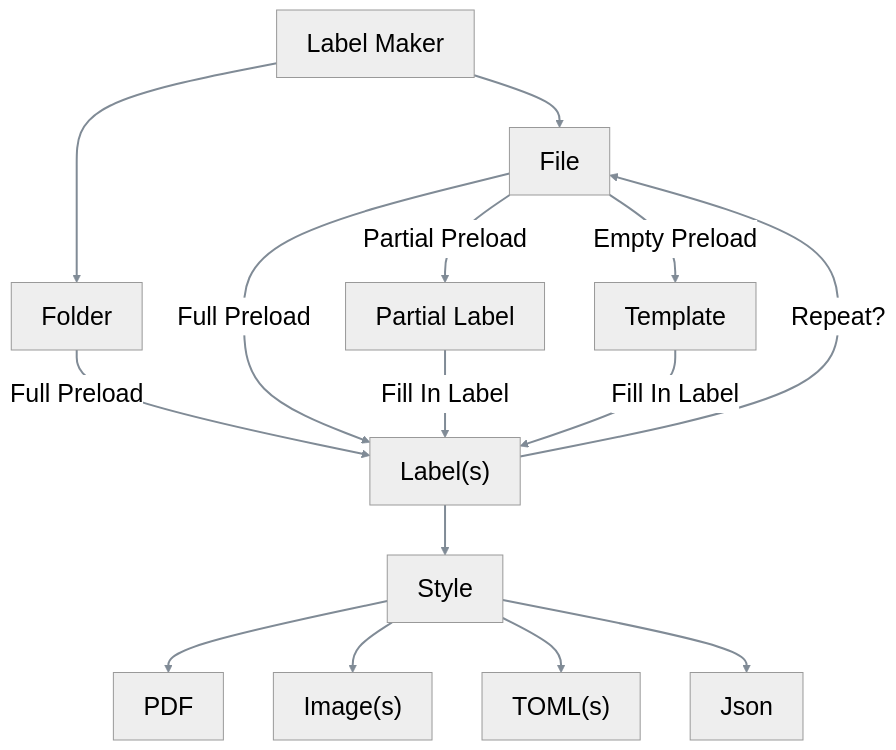
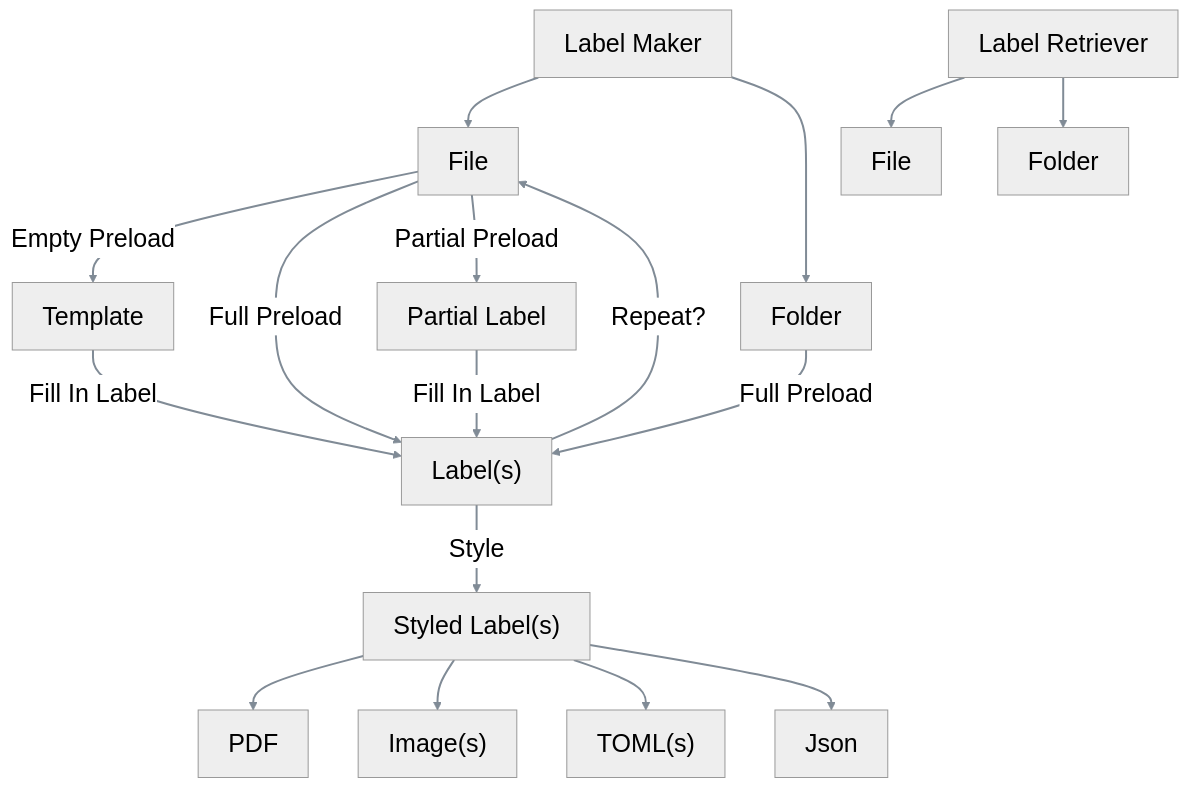
One commit to O957/paleo-labels changed the diagram in README.md. Above: the diagram before and after it, drawn with Mermaid. The commit also changed other lines of this file, not shown here.

Commit message:
slight chart update

````diff
--- a/README.md
+++ b/README.md
@@ -8,22 +12,25 @@
 ```mermaid
 %%{init: {"theme": "neutral", "themeVariables": { "fontFamily": "Iosevka", "fontSize": "25px", "lineColor": "#808b96", "arrowheadColor": "#808b96", "edgeStrokeWidth": "10px", "arrowheadLength": "20px"}}}%%
 flowchart TD
     A["Label Maker"] --> Z1["File"]
     A["Label Maker"] --> Z2["Folder"]
     Z2["Folder"] -->|Full Preload| C["Label(s)"]
     Z1["File"] -->|Empty Preload| B1["Template"]
     Z1["File"] -->|Full Preload| C["Label"]
     Z1["File"] -->|Partial Preload| B2["Partial Label"]
     B2["Partial Label"] -->|Fill In Label| C["Label"]
     B1["Template"] -->|Fill In Label| C["Label(s)"]
-    C["Label(s)"] --> D["Style"]
+    C["Label(s)"] -->|Style| D["Styled Label(s)"]
     C["Label(s)"] -->|Repeat?| Z1["File"]
-    D["Style"] --> E1["PDF"]
-    D["Style"] --> E2["Image(s)"]
-    D["Style"] --> E3["TOML(s)"]
-    D["Style"] --> E4["Json"]
+    D["Styled Label(s)"] --> E1["PDF"]
+    D["Styled Label(s)"] --> E2["Image(s)"]
+    D["Styled Label(s)"] --> E3["TOML(s)"]
+    D["Styled Label(s)"] --> E4["Json"]
+
+    Y["Label Retriever"] --> X1["File"]
+    Y["Label Retriever"] --> X2["Folder"]
 
 
     linkStyle default stroke: #808b96
     linkStyle default stroke-width: 2.0px
 ```
````
